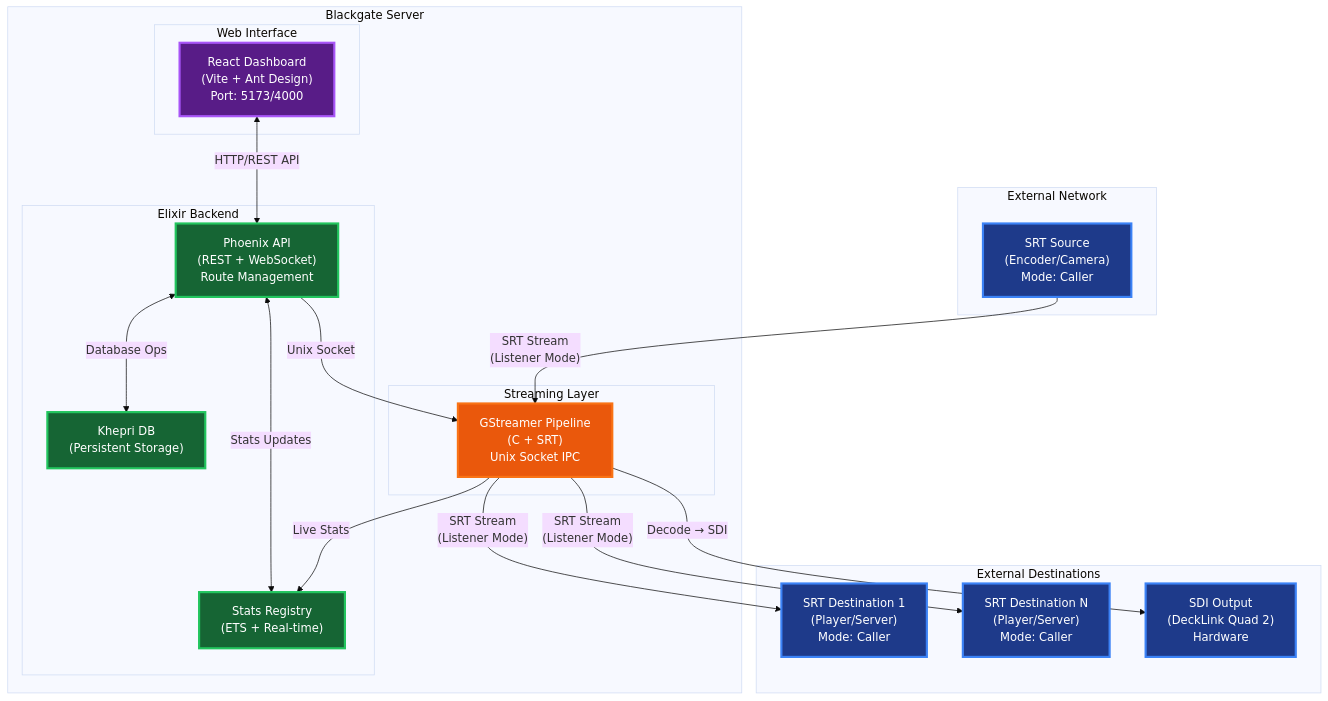
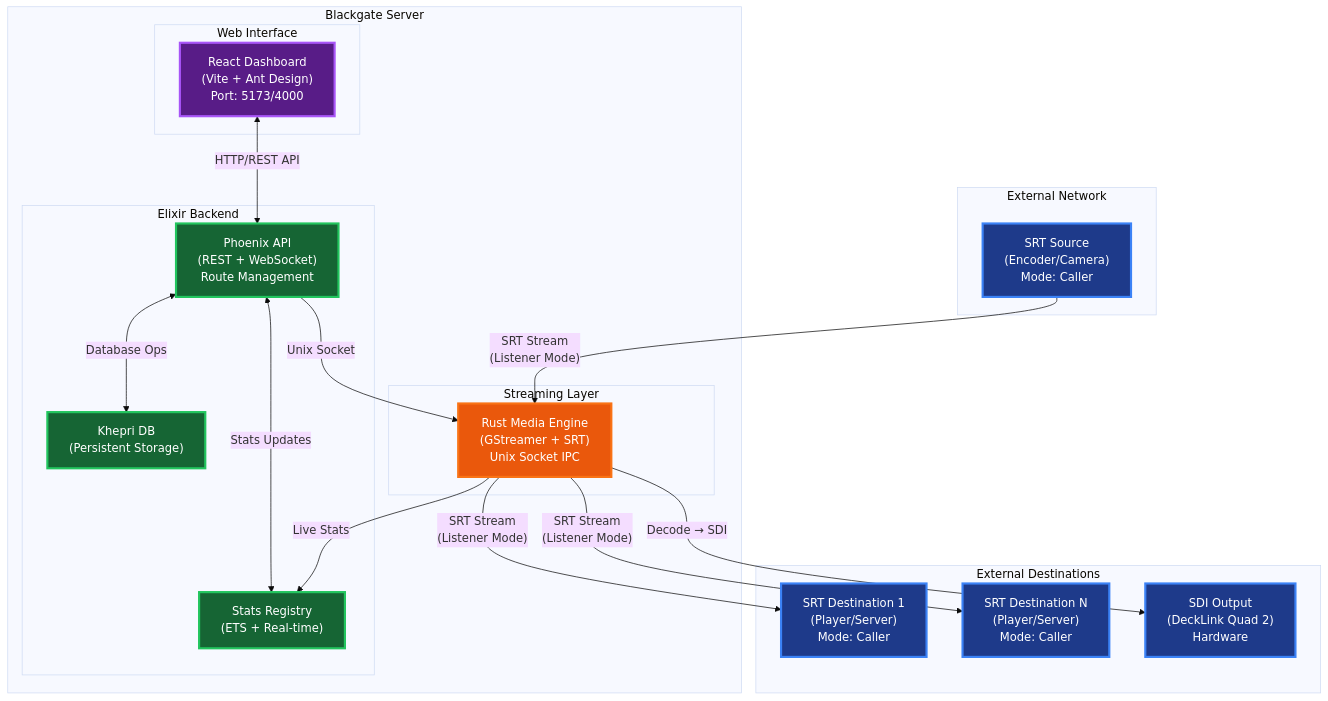
The first of 4 diagrams in README.md (visual-alchemy/blackgate-project), drawn with Mermaid (base theme) before and after one commit. The commit also changed other lines of this file and 12 other files, not shown here.

````diff
--- a/README.md
+++ b/README.md
@@ -99,49 +103,49 @@
 ```mermaid
 graph TB
     subgraph "External Network"
         A["SRT Source<br/>(Encoder/Camera)<br/>Mode: Caller"]
     end
     
     subgraph "Blackgate Server"
         subgraph "Web Interface"
             B["React Dashboard<br/>(Vite + Ant Design)<br/>Port: 5173/4000"]
         end
         
         subgraph "Elixir Backend"
             C["Phoenix API<br/>(REST + WebSocket)<br/>Route Management"]
             D["Stats Registry<br/>(ETS + Real-time)"]
             E["Khepri DB<br/>(Persistent Storage)"]
         end
         
         subgraph "Streaming Layer"
-            F["GStreamer Pipeline<br/>(C + SRT)<br/>Unix Socket IPC"]
+            F["Rust Media Engine<br/>(GStreamer + SRT)<br/>Unix Socket IPC"]
         end
     end
     
     subgraph "External Destinations"
         G["SRT Destination 1<br/>(Player/Server)<br/>Mode: Caller"]
         H["SRT Destination N<br/>(Player/Server)<br/>Mode: Caller"]
         I["SDI Output<br/>(DeckLink Quad 2)<br/>Hardware"]
     end
     
     A -->|"SRT Stream<br/>(Listener Mode)"| F
     F -->|"SRT Stream<br/>(Listener Mode)"| G
     F -->|"SRT Stream<br/>(Listener Mode)"| H
     F -->|"Decode → SDI"| I
     
     B <-->|"HTTP/REST API"| C
     C <-->|"Database Ops"| E
     C <-->|"Stats Updates"| D
     C -->|"Unix Socket"| F
     F -->|"Live Stats"| D
     
     classDef external fill:#1e3a8a,stroke:#3b82f6,stroke-width:3px,color:#ffffff
     classDef ui fill:#581c87,stroke:#a855f7,stroke-width:3px,color:#ffffff
     classDef backend fill:#166534,stroke:#22c55e,stroke-width:3px,color:#ffffff
     classDef streaming fill:#ea580c,stroke:#f97316,stroke-width:3px,color:#ffffff
     
     class A,G,H,I external
     class B ui
     class C,D,E backend
     class F streaming
 ```
````
